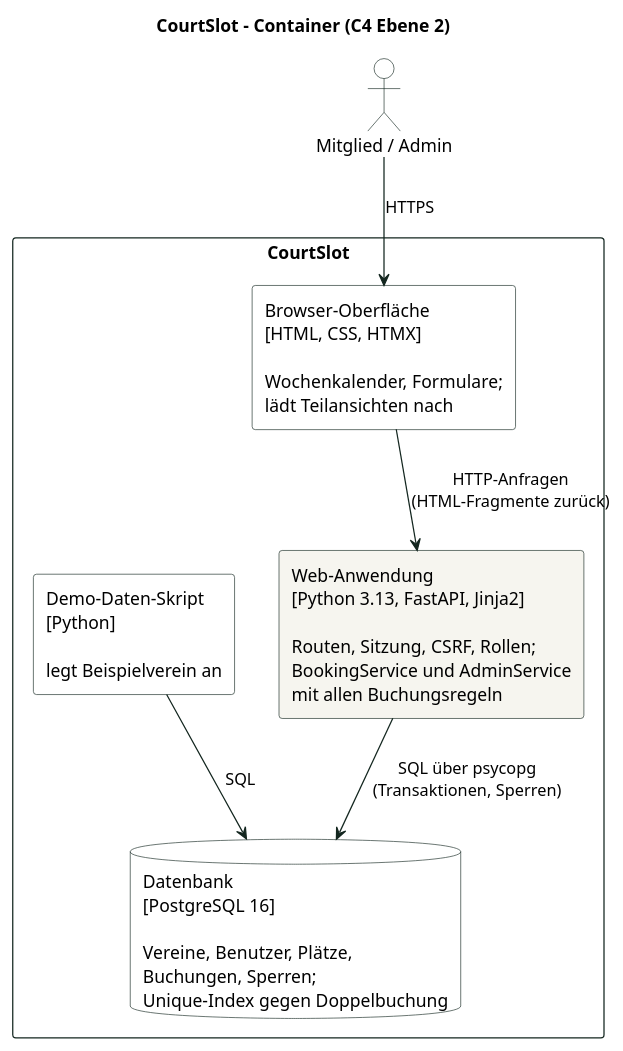
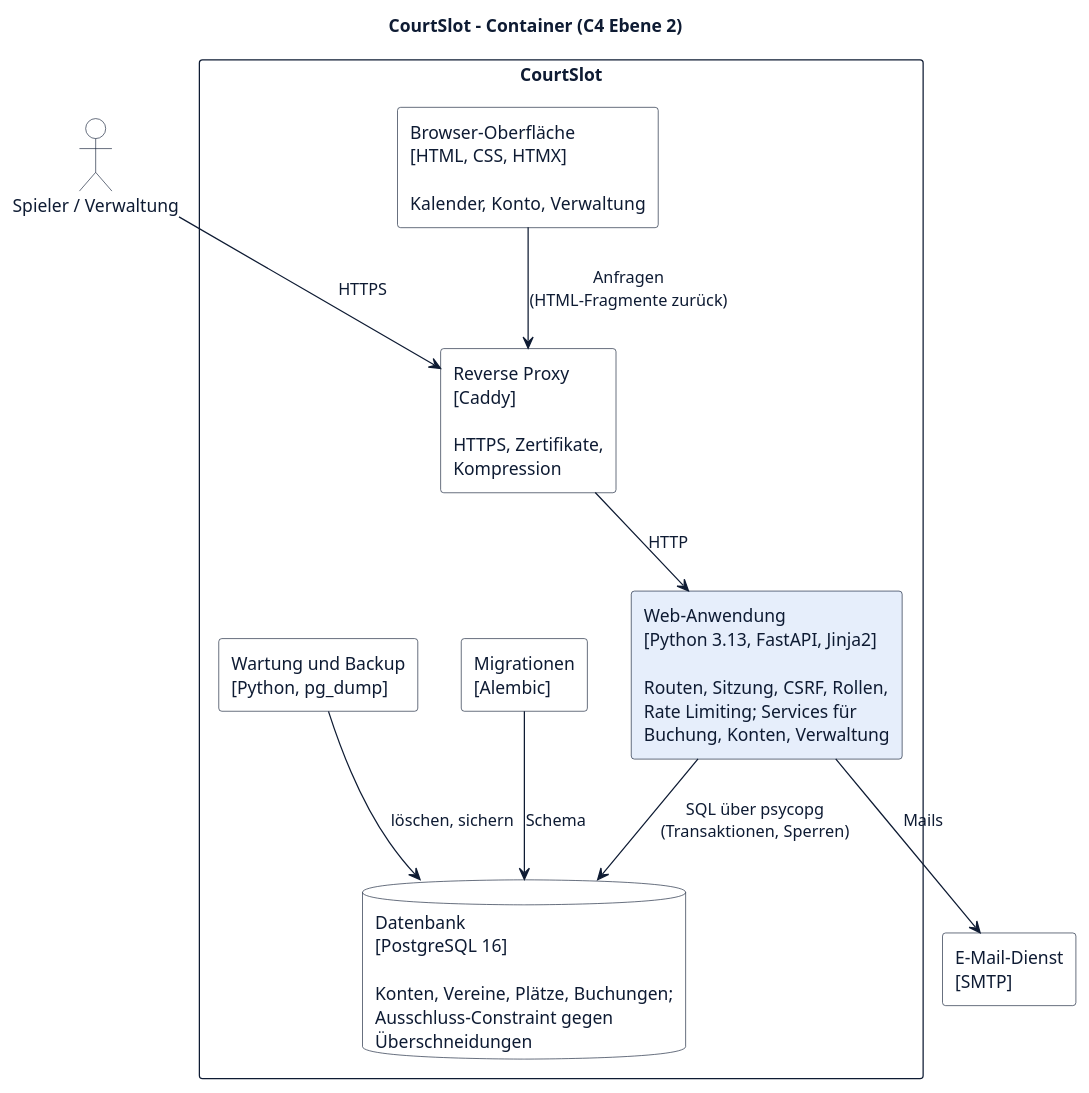
Before and after one commit to pasi140802/Anwendungsentwicklung: the diagram in docs/uml/07_c4_container.puml, drawn with PlantUML. The commit also changed 26 other files, not shown here.

First line of the commit message:
UML-Diagramme auf Plattform-Modell und App-Farben aktualisiert

```diff
--- a/docs/uml/07_c4_container.puml
+++ b/docs/uml/07_c4_container.puml
@@ -1,28 +1,35 @@
 @startuml c4_container
 title CourtSlot – Container (C4 Ebene 2)
 skinparam shadowing false
-skinparam ArrowColor #13261F
+skinparam ArrowColor #0e1b33
 skinparam defaultFontName Arial
+skinparam defaultFontColor #0e1b33
 skinparam rectangle {
-  BorderColor #13261F
+  BorderColor #0e1b33
   BackgroundColor #FFFFFF
 }
-skinparam databaseBorderColor #13261F
+skinparam databaseBorderColor #0e1b33
 skinparam databaseBackgroundColor #FFFFFF
-skinparam actorBorderColor #13261F
+skinparam actorBorderColor #0e1b33
 skinparam actorBackgroundColor #FFFFFF
 
-actor "Mitglied / Admin" as U
+actor "Spieler / Verwaltung" as U
 
 rectangle "CourtSlot" as SYS {
-  rectangle "Browser-Oberfläche\n[HTML, CSS, HTMX]\n\nWochenkalender, Formulare;\nlädt Teilansichten nach" as UI
-  rectangle "Web-Anwendung\n[Python 3.13, FastAPI, Jinja2]\n\nRouten, Sitzung, CSRF, Rollen;\nBookingService und AdminService\nmit allen Buchungsregeln" as APP #F6F5EF
-  database "Datenbank\n[PostgreSQL 16]\n\nVereine, Benutzer, Plätze,\nBuchungen, Sperren;\nUnique-Index gegen Doppelbuchung" as DB
-  rectangle "Demo-Daten-Skript\n[Python]\n\nlegt Beispielverein an" as SEED
+  rectangle "Reverse Proxy\n[Caddy]\n\nHTTPS, Zertifikate,\nKompression" as PX
+  rectangle "Browser-Oberfläche\n[HTML, CSS, HTMX]\n\nKalender, Konto, Verwaltung" as UI
+  rectangle "Web-Anwendung\n[Python 3.13, FastAPI, Jinja2]\n\nRouten, Sitzung, CSRF, Rollen,\nRate Limiting; Services für\nBuchung, Konten, Verwaltung" as APP #e6eefb
+  database "Datenbank\n[PostgreSQL 16]\n\nKonten, Vereine, Plätze, Buchungen;\nAusschluss-Constraint gegen\nÜberschneidungen" as DB
+  rectangle "Migrationen\n[Alembic]" as MIG
+  rectangle "Wartung und Backup\n[Python, pg_dump]" as JOB
 }
+rectangle "E-Mail-Dienst\n[SMTP]" as MAIL
 
-U --> UI : HTTPS
-UI --> APP : HTTP-Anfragen\n(HTML-Fragmente zurück)
+U --> PX : HTTPS
+PX --> APP : HTTP
+UI --> PX : Anfragen\n(HTML-Fragmente zurück)
 APP --> DB : SQL über psycopg\n(Transaktionen, Sperren)
-SEED --> DB : SQL
+APP --> MAIL : Mails
+MIG --> DB : Schema
+JOB --> DB : löschen, sichern
 @enduml
```
